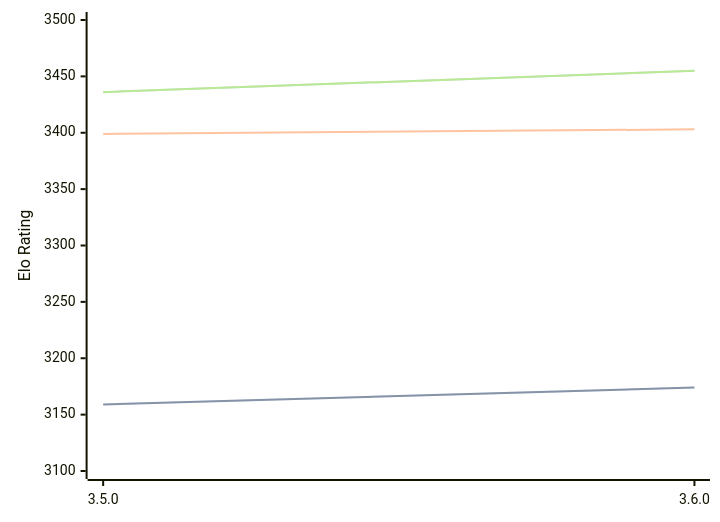
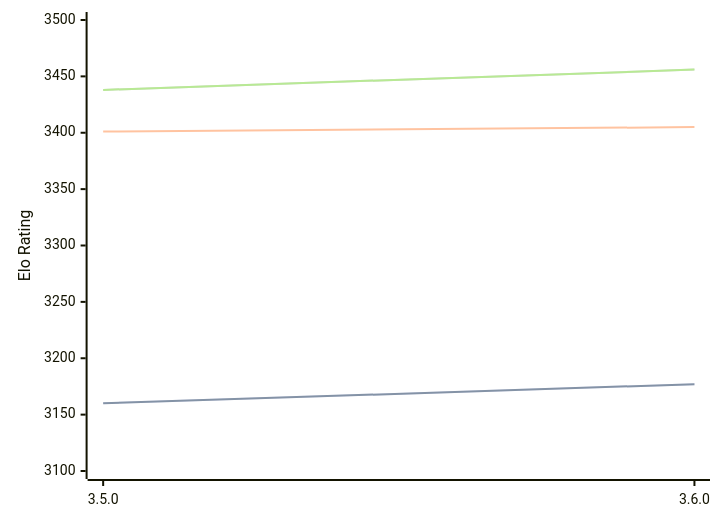
The diagram in engines/Igel.md (computer-chess-index/cci), drawn with Mermaid before and after one commit. The commit also changed other lines of this file, not shown here.

Commit message:
Update CCI Ratings (ELO VLTC) - 2026-08-22

````diff
--- a/engines/Igel.md
+++ b/engines/Igel.md
@@ -32,11 +32,11 @@
 ```mermaid
 %%{init: {"theme":"base","themeVariables":{"seriesColors:['#a3a3a3','#222221','#faa371']}}}%%
 xychart-beta
   x-axis ["3.5.0", "3.6.0"]
   y-axis "Elo Rating" 3100 --> 3500
-  line "STC (8.0+0.08s)" [3159, 3174]
-  line "STC (8.0+0.08s)" [3159, 3174]
-  line "LTC (60.0+0.60s)" [3399, 3403]
-  line "VLTC (2m24s+1.12s)" [3436, 3455]
-  line "VLTC (2m24s+1.12s)" [3436, 3455]
+  line "STC (8.0+0.08s)" [3160, 3177]
+  line "STC (8.0+0.08s)" [3160, 3177]
+  line "LTC (60.0+0.60s)" [3401, 3405]
+  line "VLTC (2m24s+1.12s)" [3438, 3456]
+  line "VLTC (2m24s+1.12s)" [3438, 3456]
 ```
````
